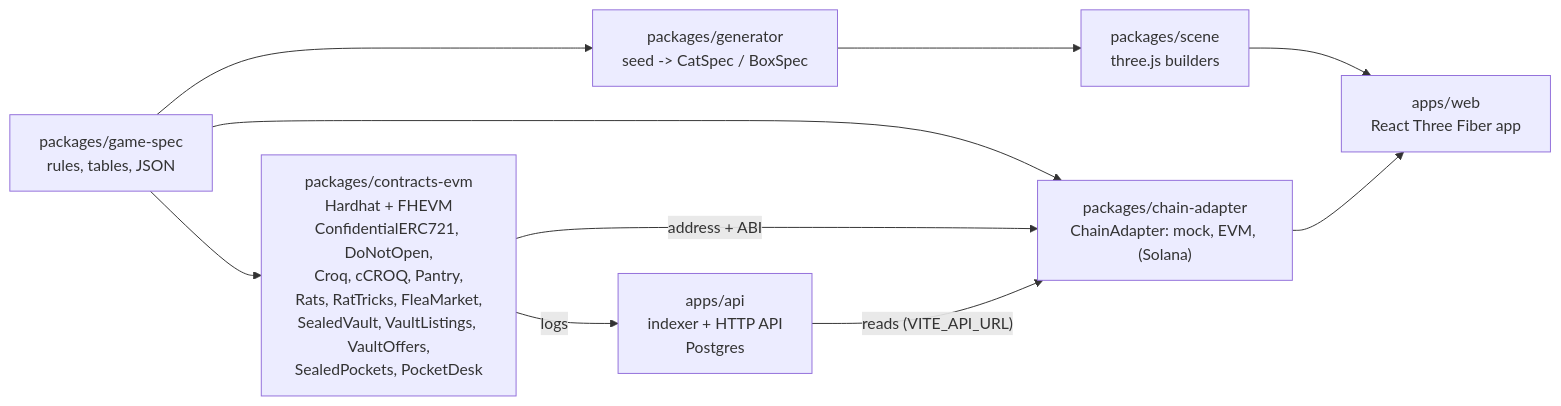
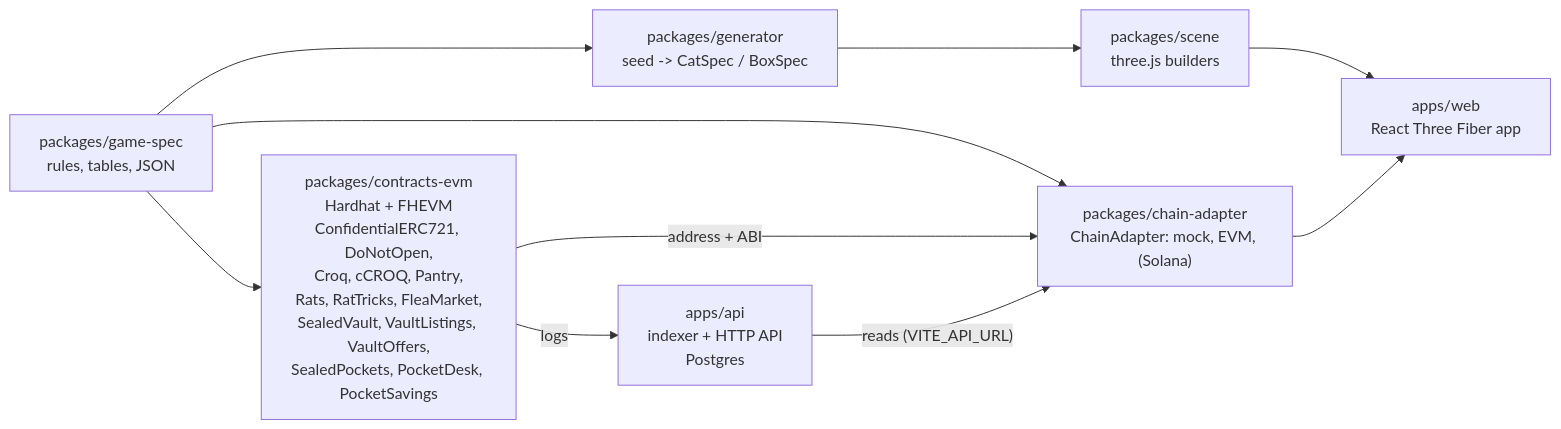
The second of 2 diagrams in README.md (jecombe/do_not_open), drawn with Mermaid before and after one commit. The commit also changed other lines of this file and 63 other files, not shown here.

Commit message:
Put a pocket's cUSDC to work in Zama's confidential vault on Morpho through PocketSavings, with the API's keeper, the mock, the page and the docs

````diff
--- a/README.md
+++ b/README.md
@@ -99,16 +99,16 @@
 ```mermaid
 flowchart LR
   spec["packages/game-spec<br/>rules, tables, JSON"]
   gen["packages/generator<br/>seed -> CatSpec / BoxSpec"]
   scene["packages/scene<br/>three.js builders"]
   web["apps/web<br/>React Three Fiber app"]
-  evm["packages/contracts-evm<br/>Hardhat + FHEVM<br/>ConfidentialERC721, DoNotOpen,<br/>Croq, cCROQ, Pantry,<br/>Rats, RatTricks, FleaMarket,<br/>SealedVault, VaultListings, VaultOffers,<br/>SealedPockets, PocketDesk"]
+  evm["packages/contracts-evm<br/>Hardhat + FHEVM<br/>ConfidentialERC721, DoNotOpen,<br/>Croq, cCROQ, Pantry,<br/>Rats, RatTricks, FleaMarket,<br/>SealedVault, VaultListings, VaultOffers,<br/>SealedPockets, PocketDesk, PocketSavings"]
   adapter["packages/chain-adapter<br/>ChainAdapter: mock, EVM, (Solana)"]
   api["apps/api<br/>indexer + HTTP API<br/>Postgres"]
 
   spec --> gen --> scene --> web
   spec --> evm
   spec --> adapter
   evm -- address + ABI --> adapter --> web
   evm -- logs --> api -- "reads (VITE_API_URL)" --> adapter
 ```
````
